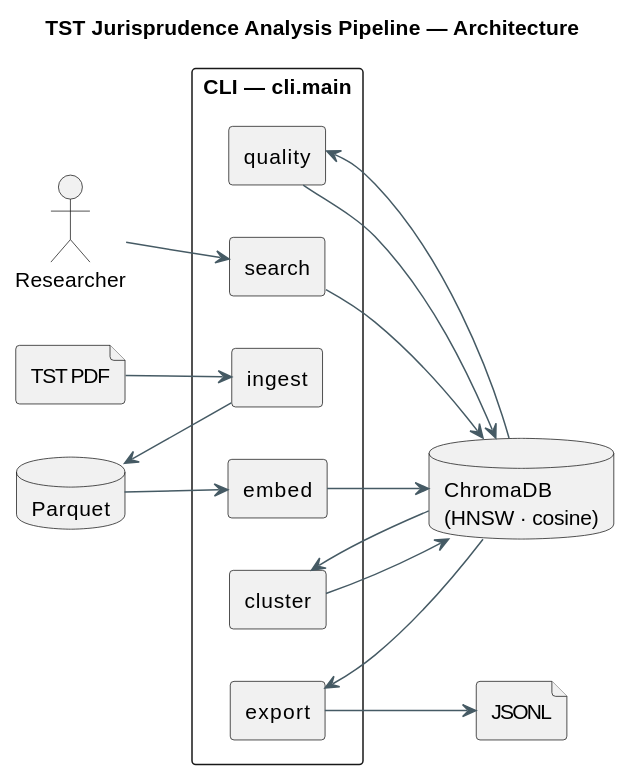
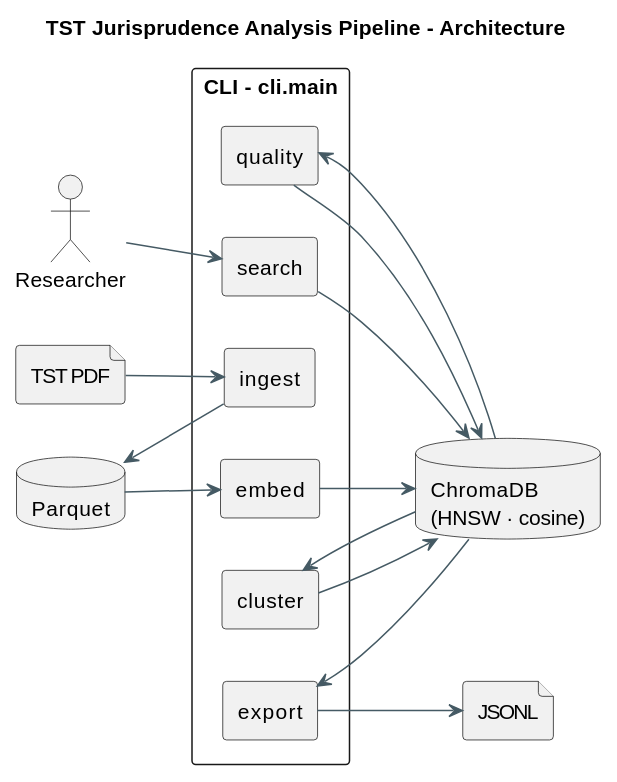
Before and after one commit to mrpunkdasilva/data-science: the diagram in capstone/README.md, drawn with PlantUML. The commit also changed other lines of this file, not shown here.

Commit message:
docs: replace em dashes with plain punctuation in capstone README

````diff
--- a/capstone/README.md
+++ b/capstone/README.md
@@ -61,38 +61,38 @@
 ```plantuml
 @startuml
-title TST Jurisprudence Analysis Pipeline — Architecture
+title TST Jurisprudence Analysis Pipeline - Architecture
 left to right direction
 skinparam shadowing false
 skinparam componentStyle rectangle
 skinparam arrowColor #455A64
 
 actor "Researcher" as user
 
 file "TST PDF" as pdf
 database "Parquet" as parquet
 database "ChromaDB\n(HNSW · cosine)" as chroma
 file "JSONL" as jsonl
 
-rectangle "CLI — cli.main" {
+rectangle "CLI - cli.main" {
   [ingest] as ingest
   [embed] as embed
   [cluster] as cluster
   [quality] as quality
   [export] as export
   [search] as search
 }
 
 pdf --> ingest
 ingest --> parquet
 parquet --> embed
 embed --> chroma
 chroma --> cluster
 cluster --> chroma
 chroma --> quality
 quality --> chroma
 chroma --> export
 export --> jsonl
 user --> search
 search --> chroma
 @enduml
 ```
````
